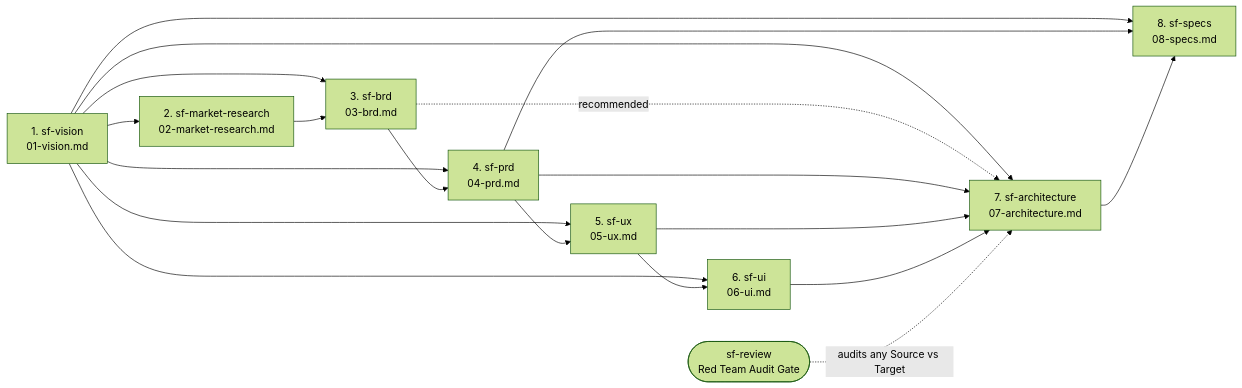
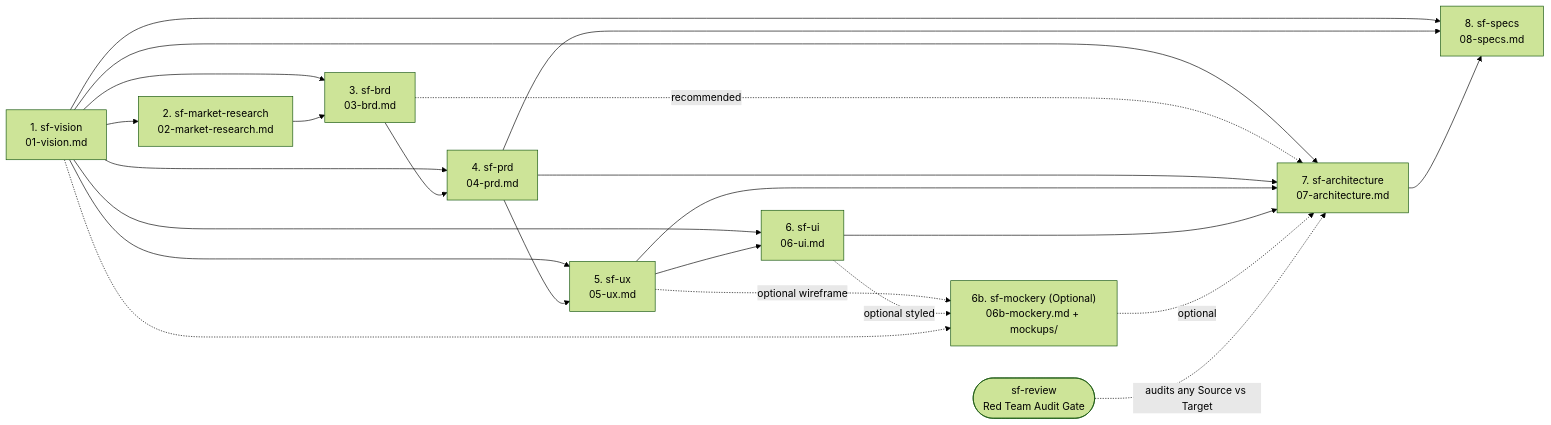
Before and after one commit to software-factory-plugin/software-factory-plugin: the diagram in README.md, drawn with Mermaid (forest theme). The commit also changed other lines of this file and 3 other files, not shown here.

````diff
--- a/README.md
+++ b/README.md
@@ -15,21 +15,25 @@
 ```mermaid
 flowchart LR
     V["1. sf-vision\n01-vision.md"] --> MR["2. sf-market-research\n02-market-research.md"]
     V --> BRD["3. sf-brd\n03-brd.md"]
     MR --> BRD
     V --> PRD["4. sf-prd\n04-prd.md"]
     BRD --> PRD
     V --> UX["5. sf-ux\n05-ux.md"]
     PRD --> UX
     V --> UI["6. sf-ui\n06-ui.md"]
     UX --> UI
+    UX -. "optional wireframe" .-> MOCK["6b. sf-mockery (Optional)\n06b-mockery.md + mockups/"]
+    UI -. "optional styled" .-> MOCK
+    V -.-> MOCK
     V --> ARCH["7. sf-architecture\n07-architecture.md"]
     BRD -. "recommended" .-> ARCH
     PRD --> ARCH
     UX --> ARCH
     UI --> ARCH
+    MOCK -. "optional" .-> ARCH
     V --> SPECS["8. sf-specs\n08-specs.md"]
     PRD --> SPECS
     ARCH --> SPECS
     REV(["sf-review\nRed Team Audit Gate"]) -. "audits any Source vs Target" .-> ARCH
 ```
````
